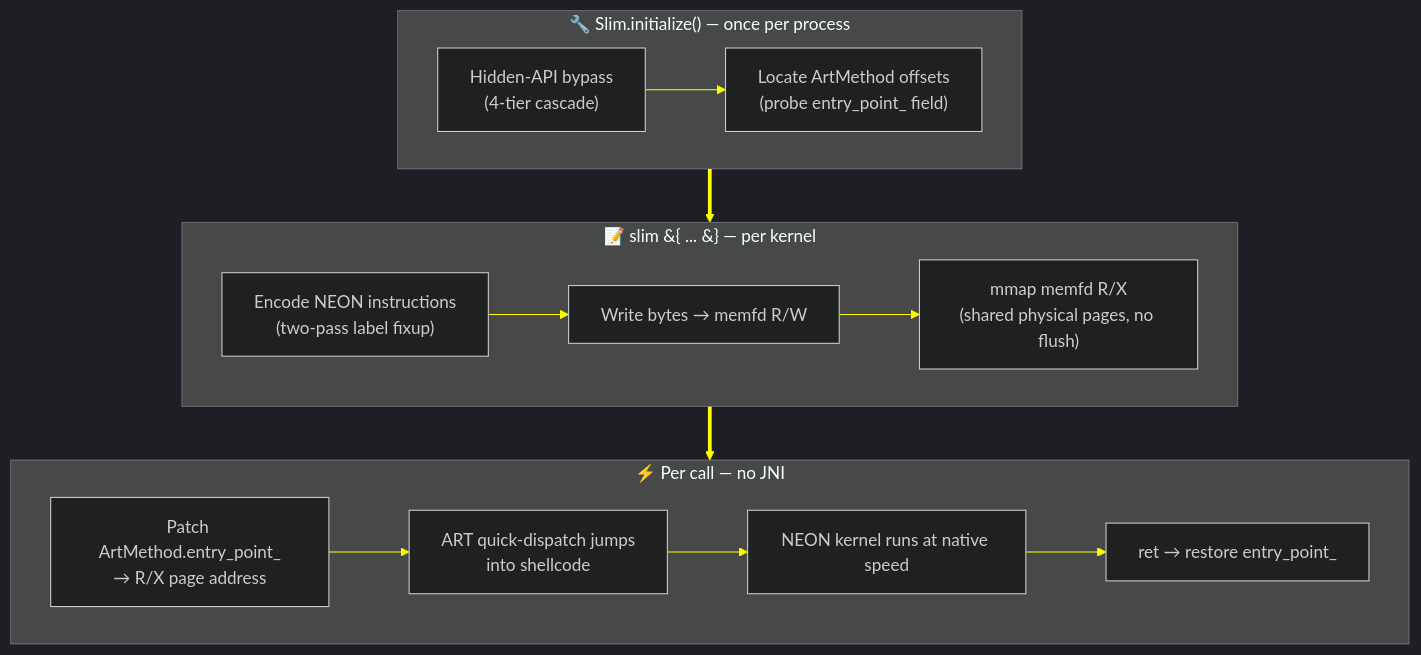
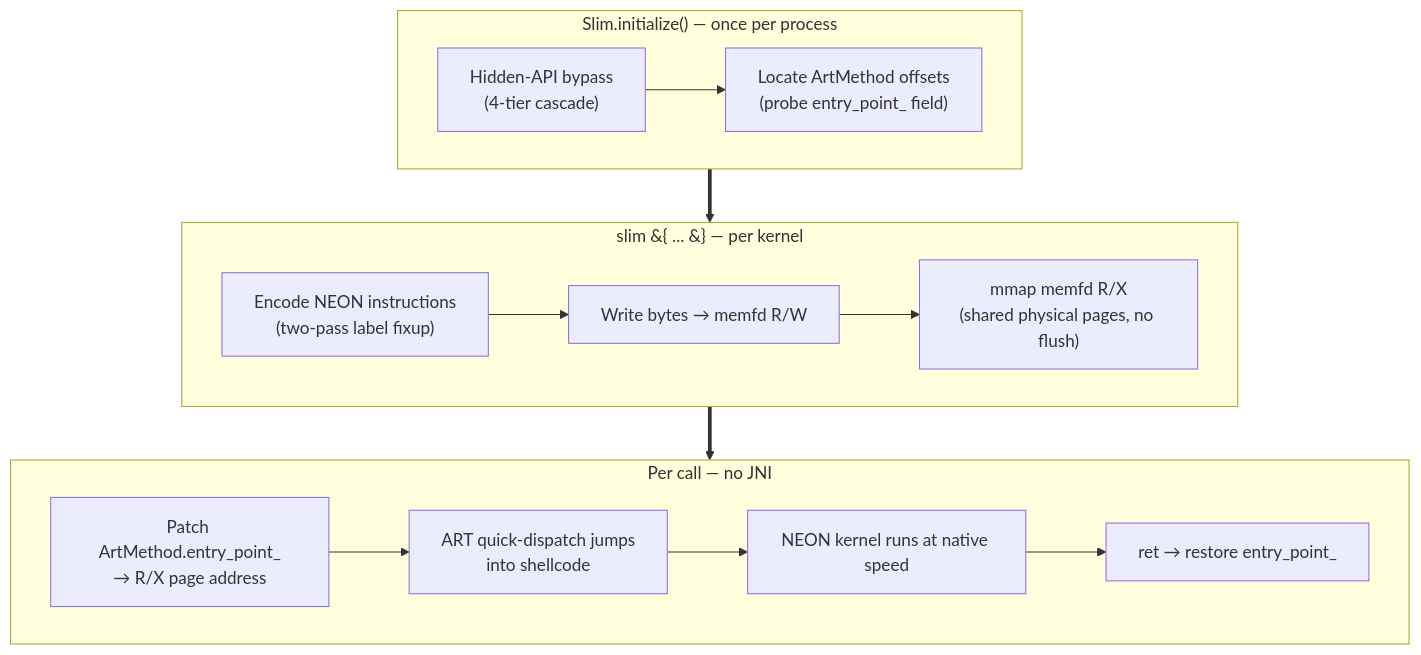
Before and after one commit to iamjosephmj/Slim: the second of 3 diagrams in README.md, drawn with Mermaid. The commit also changed other lines of this file, not shown here.

````diff
--- a/README.md
+++ b/README.md
@@ -601,27 +552,26 @@
 ```mermaid
-%%{init: {'theme':'dark', 'themeVariables': { 'primaryColor':'#1A0033', 'primaryTextColor':'#00FFFF', 'primaryBorderColor':'#FF00FF', 'lineColor':'#FFFF00', 'secondaryColor':'#330066', 'tertiaryColor':'#000000' }}}%%
 flowchart TB
-    subgraph Setup["🔧 Slim.initialize() — once per process"]
+    subgraph Setup["Slim.initialize() — once per process"]
         H1["Hidden-API bypass<br/>(4-tier cascade)"]
         H2["Locate ArtMethod offsets<br/>(probe entry_point_ field)"]
         H1 --> H2
     end
 
-    subgraph Encode["📝 slim &#123; ... &#125; — per kernel"]
+    subgraph Encode["slim &#123; ... &#125; — per kernel"]
         E1["Encode NEON instructions<br/>(two-pass label fixup)"]
         E2["Write bytes → memfd R/W"]
         E3["mmap memfd R/X<br/>(shared physical pages, no flush)"]
         E1 --> E2 --> E3
     end
 
-    subgraph Dispatch["⚡ Per call — no JNI"]
+    subgraph Dispatch["Per call — no JNI"]
         D1["Patch ArtMethod.entry_point_<br/>→ R/X page address"]
         D2["ART quick-dispatch jumps<br/>into shellcode"]
         D3["NEON kernel runs at native speed"]
         D4["ret → restore entry_point_"]
         D1 --> D2 --> D3 --> D4
     end
 
     Setup ==> Encode
     Encode ==> Dispatch
 ```
````
